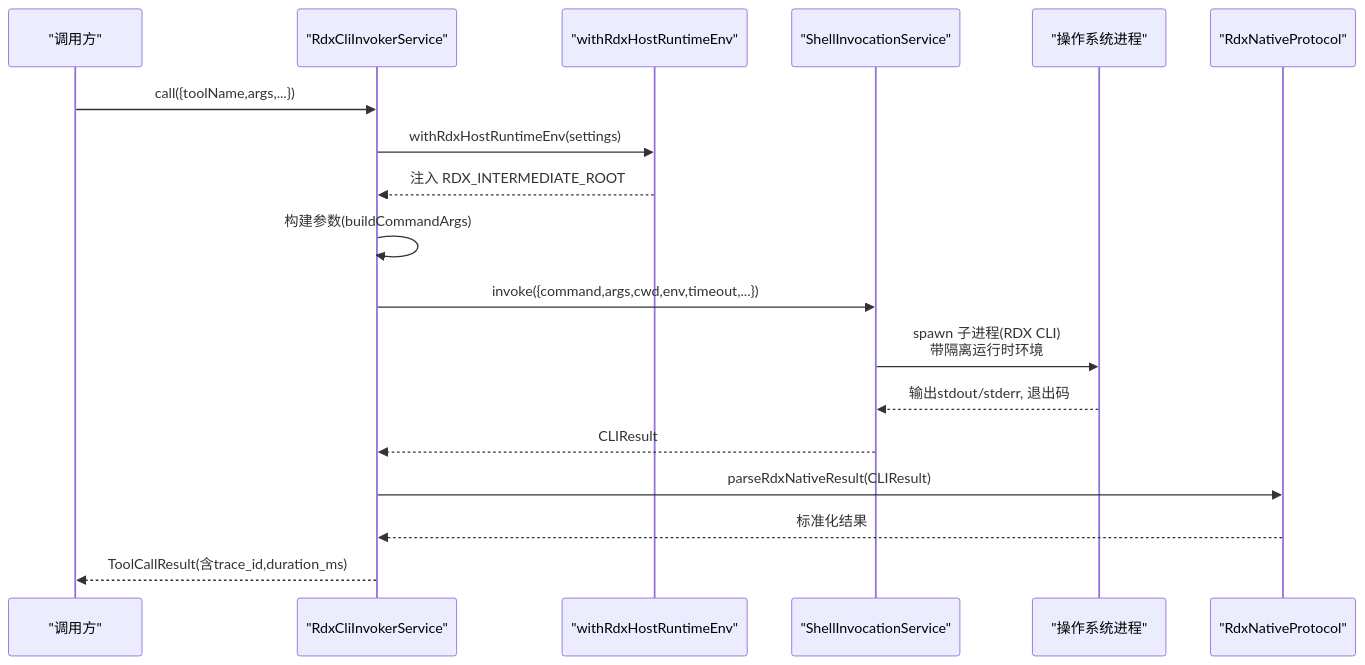
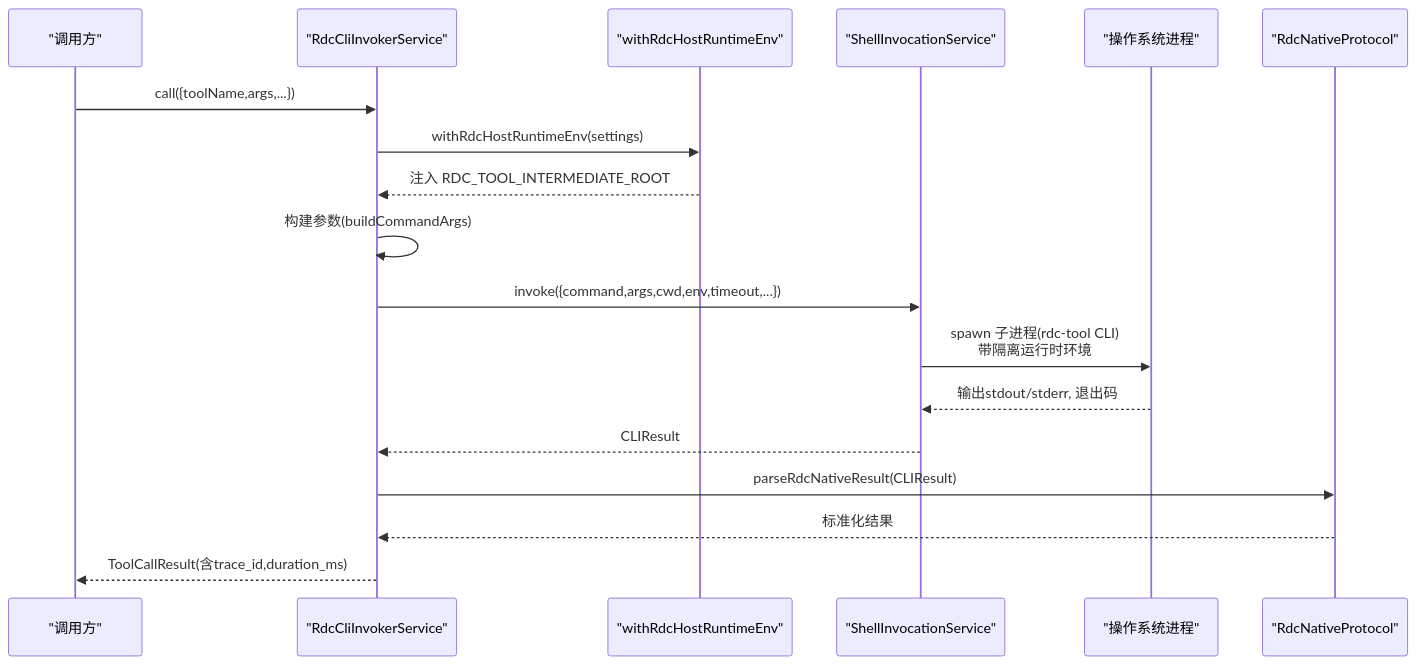
Before and after one commit to haolange/RDC-Agent: the second of 3 diagrams in .qoder/repowiki/zh/content/架构设计/核心组件设计/CLI调用器设计/CLI调用器服务.md, drawn with Mermaid. The commit also changed other lines of this file and 557 other files, not shown here.

First line of the commit message:
Unify RDC-Agent identity and canonical RDC-Tool integration

````diff
--- a/.qoder/repowiki/zh/content/架构设计/核心组件设计/CLI调用器设计/CLI调用器服务.md
+++ b/.qoder/repowiki/zh/content/架构设计/核心组件设计/CLI调用器设计/CLI调用器服务.md
@@ -94,20 +94,20 @@
 ```mermaid
 sequenceDiagram
 participant U as "调用方"
-participant S as "RdxCliInvokerService"
-participant E as "withRdxHostRuntimeEnv"
+participant S as "RdcCliInvokerService"
+participant E as "withRdcHostRuntimeEnv"
 participant P as "ShellInvocationService"
 participant OS as "操作系统进程"
-participant N as "RdxNativeProtocol"
+participant N as "RdcNativeProtocol"
 U->>S : call({toolName,args,...})
-S->>E : withRdxHostRuntimeEnv(settings)
-E-->>S : 注入 RDX_INTERMEDIATE_ROOT
+S->>E : withRdcHostRuntimeEnv(settings)
+E-->>S : 注入 RDC_TOOL_INTERMEDIATE_ROOT
 S->>S : 构建参数(buildCommandArgs)
 S->>P : invoke({command,args,cwd,env,timeout,...})
-P->>OS : spawn 子进程(RDX CLI)<br/>带隔离运行时环境
+P->>OS : spawn 子进程(rdc-tool CLI)<br/>带隔离运行时环境
 OS-->>P : 输出stdout/stderr, 退出码
 P-->>S : CLIResult
-S->>N : parseRdxNativeResult(CLIResult)
+S->>N : parseRdcNativeResult(CLIResult)
 N-->>S : 标准化结果
 S-->>U : ToolCallResult(含trace_id,duration_ms)
 ```
````
